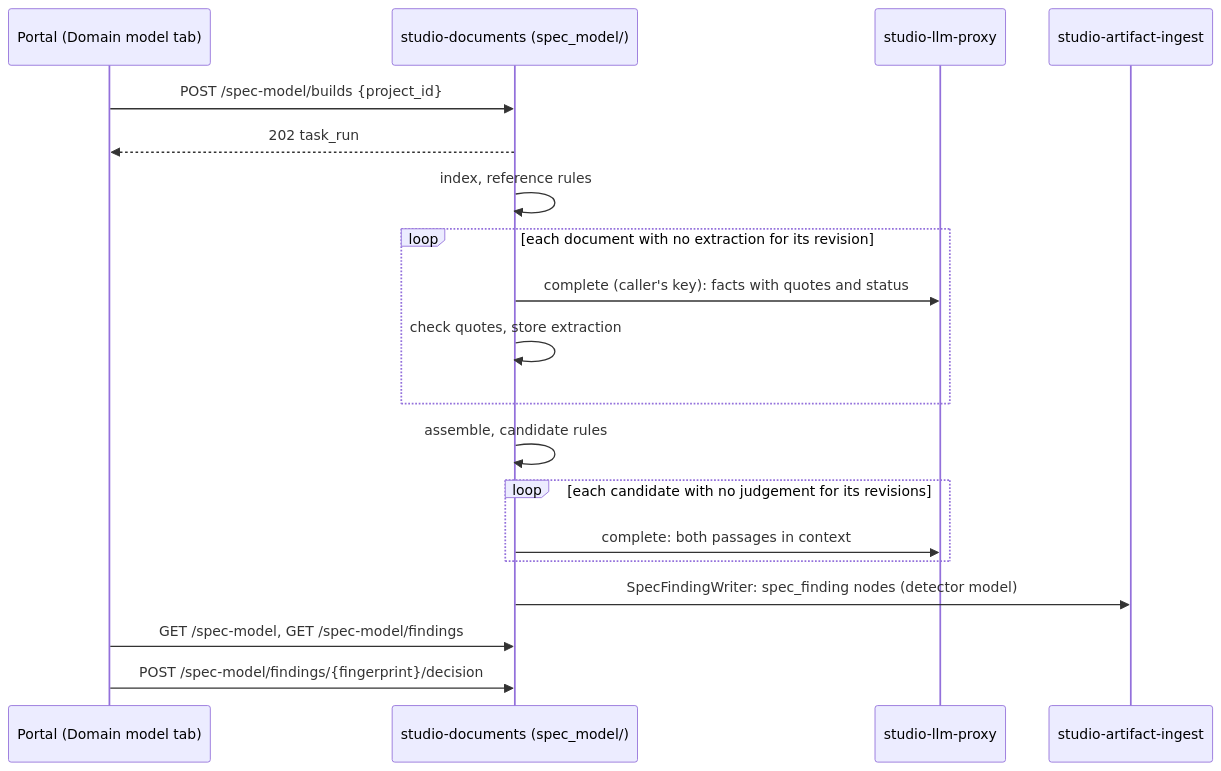
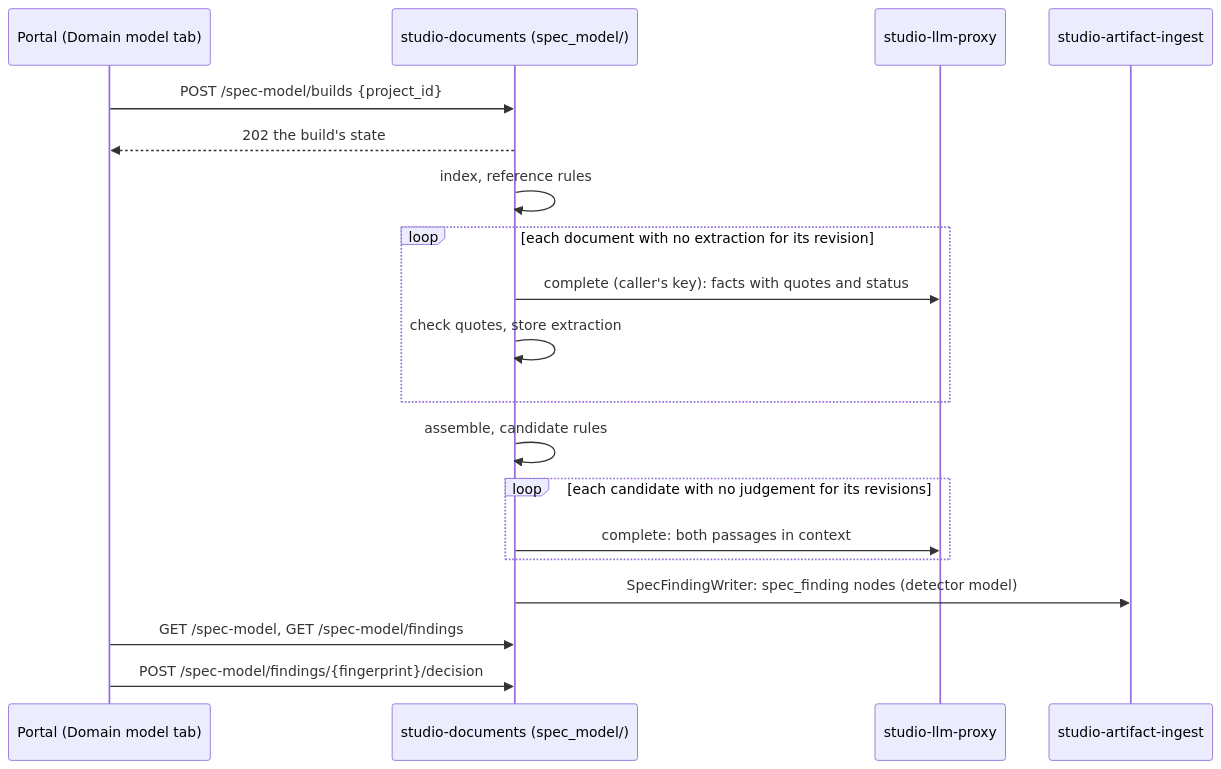
One commit to AndrejK666/studio-web changed the diagram in docs/spec-domain-model.md. Above: the diagram before and after it, drawn with Mermaid. The commit also changed other lines of this file and 10 other files, not shown here.

````diff
--- a/docs/spec-domain-model.md
+++ b/docs/spec-domain-model.md
@@ -170,21 +174,21 @@
 ```mermaid
 sequenceDiagram
     participant P as Portal (Domain model tab)
     participant D as studio-documents (spec_model/)
     participant L as studio-llm-proxy
     participant G as studio-artifact-ingest
     P->>D: POST /spec-model/builds {project_id}
-    D-->>P: 202 task_run
+    D-->>P: 202 the build's state
     D->>D: index, reference rules
     loop each document with no extraction for its revision
         D->>L: complete (caller's key): facts with quotes and status
         D->>D: check quotes, store extraction
     end
     D->>D: assemble, candidate rules
     loop each candidate with no judgement for its revisions
         D->>L: complete: both passages in context
     end
     D->>G: SpecFindingWriter: spec_finding nodes (detector model)
     P->>D: GET /spec-model, GET /spec-model/findings
     P->>D: POST /spec-model/findings/{fingerprint}/decision
 ```
````
